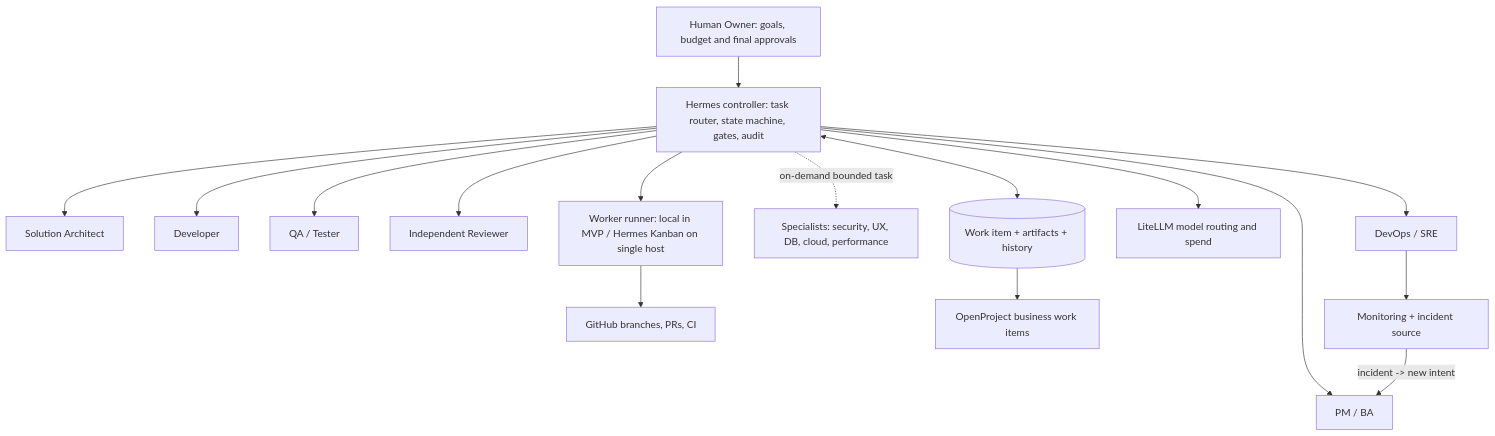
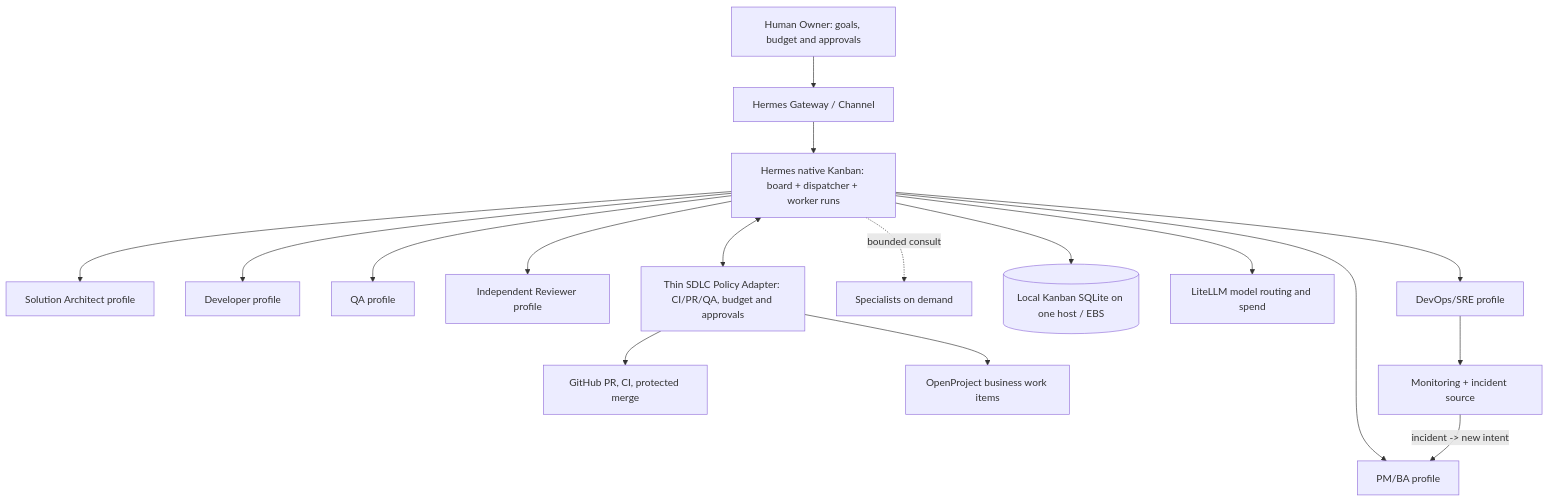
The first of 2 diagrams in docs/08-six-stage-role-target.md (adisornsir/coe-eap-hermes-orchestration), drawn with Mermaid before and after one commit. The commit also changed other lines of this file and 3 other files, not shown here.

Commit message:
docs: reconcile native Kanban design with stage diagram, MVP checks and memory stores

````diff
--- a/docs/08-six-stage-role-target.md
+++ b/docs/08-six-stage-role-target.md
@@ -11,18 +11,19 @@
 ```mermaid
 flowchart TD
- O["Human Owner: goals, budget and final approvals"] --> C["Hermes controller: task router, state machine, gates, audit"]
- C --> PM["PM / BA"]
- C --> SA["Solution Architect"]
- C --> DEV["Developer"]
- C --> QA["QA / Tester"]
- C --> REV["Independent Reviewer"]
- C --> SRE["DevOps / SRE"]
- C -. "on-demand bounded task" .-> SP["Specialists: security, UX, DB, cloud, performance"]
- C <--> W[("Work item + artifacts + history")]
- C --> LM["LiteLLM model routing and spend"]
- C --> RUN["Worker runner: local in MVP / Hermes Kanban on single host"]
- RUN --> GH["GitHub branches, PRs, CI"]
- W --> OP["OpenProject business work items"]
+ O["Human Owner: goals, budget and approvals"] --> A["Hermes Gateway / Channel"]
+ A --> K["Hermes native Kanban: board + dispatcher + worker runs"]
+ K --> PM["PM/BA profile"]
+ K --> SA["Solution Architect profile"]
+ K --> DEV["Developer profile"]
+ K --> QA["QA profile"]
+ K --> REV["Independent Reviewer profile"]
+ K --> SRE["DevOps/SRE profile"]
+ K -. "bounded consult" .-> SP["Specialists on demand"]
+ K --> DB[("Local Kanban SQLite on one host / EBS")]
+ K --> L["LiteLLM model routing and spend"]
+ K <--> G["Thin SDLC Policy Adapter: CI/PR/QA, budget and approvals"]
+ G --> GH["GitHub PR, CI, protected merge"]
+ G --> OP["OpenProject business work items"]
  SRE --> OBS["Monitoring + incident source"]
  OBS -->|"incident -> new intent"| PM
 ```
````
